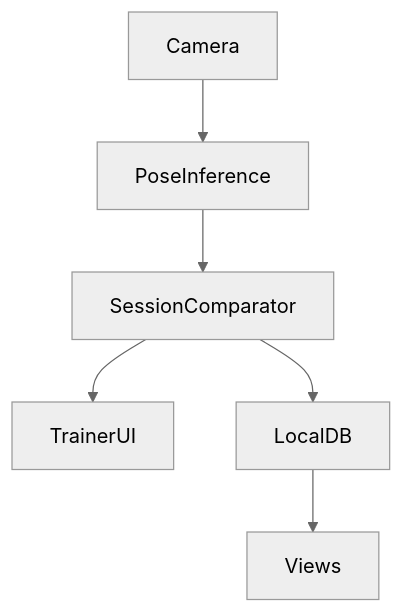
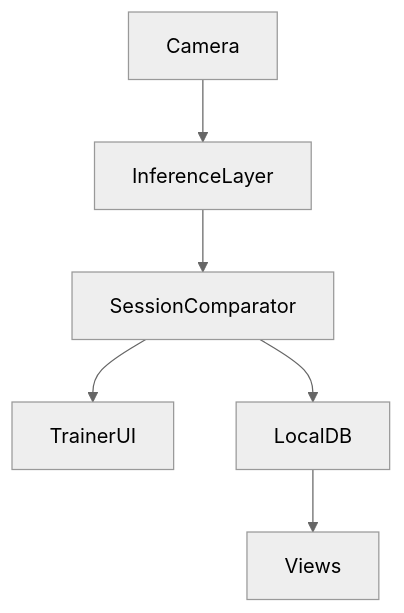
One commit to egxn/kinkagami changed the first of 4 diagrams in ARCHITECTURE.md. Above: the diagram before and after it, drawn with Mermaid (neutral theme). The commit also changed other lines of this file and 134 other files, not shown here.

````diff
--- a/ARCHITECTURE.md
+++ b/ARCHITECTURE.md
@@ -19,8 +19,8 @@
 ```mermaid
 graph TD
-  Camera --> PoseInference
-  PoseInference --> SessionComparator
+  Camera --> InferenceLayer
+  InferenceLayer --> SessionComparator
   SessionComparator --> TrainerUI
   SessionComparator --> LocalDB
   LocalDB --> Views
 ```
````
